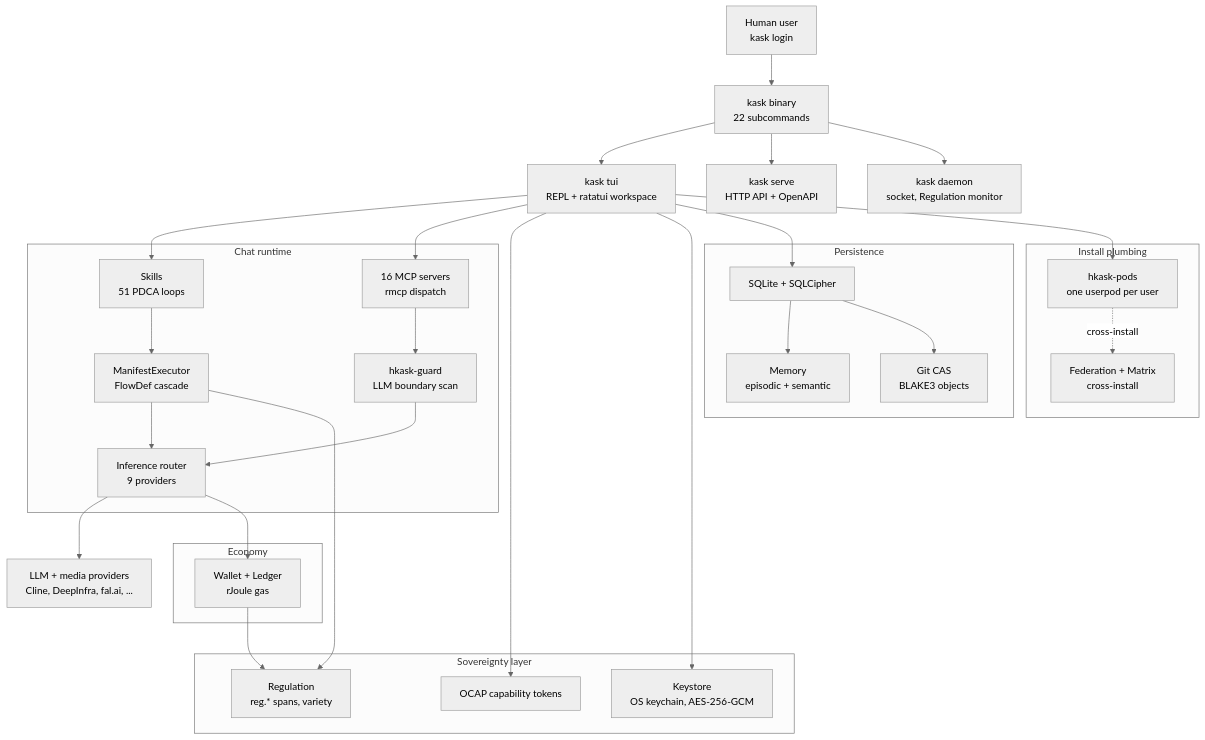
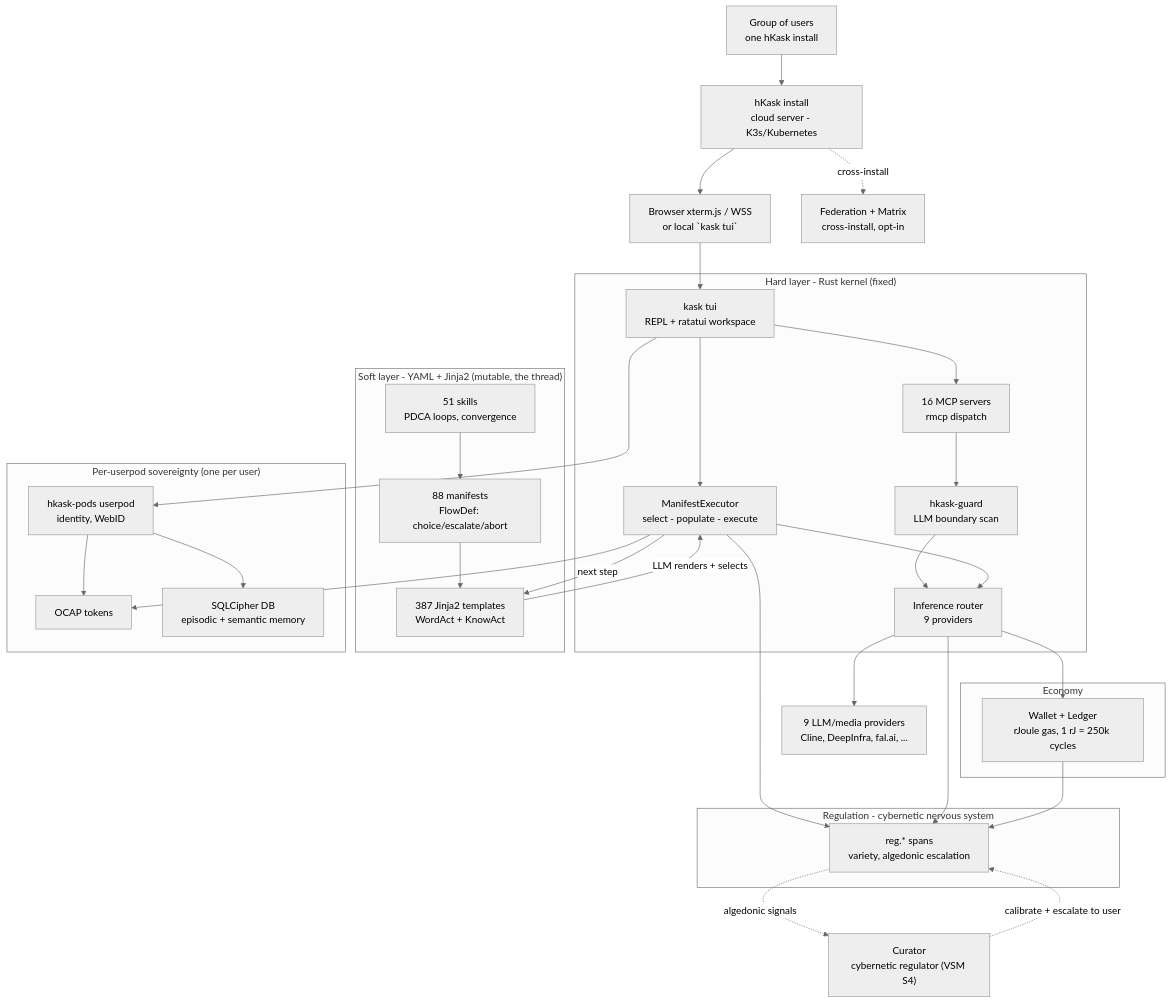
One commit to mdz-axo/hKask changed the diagram in README.md. Above: the diagram before and after it, drawn with Mermaid (neutral theme). The commit also changed other lines of this file and 22 other files, not shown here.

First line of the commit message:
Update docs for hkask-agents to hkask-pods rename

````diff
--- a/README.md
+++ b/README.md
@@ -66,64 +66,67 @@
 ```mermaid
 flowchart TD
-    User["Human user<br/>kask login"]
-    Kask["kask binary<br/>22 subcommands"]
-    Tui["kask tui<br/>REPL + ratatui workspace"]
-    Serve["kask serve<br/>HTTP API + OpenAPI"]
-    Daemon["kask daemon<br/>socket, Regulation monitor"]
+    Group["Group of users<br/>one hKask install"]
+    Install["hKask install<br/>cloud server - K3s/Kubernetes"]
+    Surface["Browser xterm.js / WSS<br/>or local `kask tui`"]
 
-    User --> Kask
-    Kask --> Tui
-    Kask --> Serve
-    Kask --> Daemon
+    Group --> Install
+    Install --> Surface
 
-    subgraph Runtime["Chat runtime"]
-        Skills["Skills<br/>51 PDCA loops"]
-        Manifest["ManifestExecutor<br/>FlowDef cascade"]
+    subgraph Hard["Hard layer - Rust kernel (fixed)"]
+        Tui["kask tui<br/>REPL + ratatui workspace"]
+        Executor["ManifestExecutor<br/>select - populate - execute"]
         Mcp["16 MCP servers<br/>rmcp dispatch"]
         Guard["hkask-guard<br/>LLM boundary scan"]
-        Inference["Inference router<br/>9 providers"]
+        Router["Inference router<br/>9 providers"]
     end
 
-    Tui --> Skills
-    Tui --> Mcp
-    Skills --> Manifest
-    Manifest --> Inference
-    Mcp --> Guard
-    Guard --> Inference
-    Inference --> Providers["LLM + media providers<br/>Cline, DeepInfra, fal.ai, ..."]
-
-    subgraph Sovereignty["Sovereignty layer"]
-        Ocap["OCAP capability tokens"]
-        Keystore["Keystore<br/>OS keychain, AES-256-GCM"]
-        Regulation["Regulation<br/>reg.* spans, variety"]
+    subgraph Soft["Soft layer - YAML + Jinja2 (mutable, the thread)"]
+        Manifests["88 manifests<br/>FlowDef: choice/escalate/abort"]
+        Templates["387 Jinja2 templates<br/>WordAct + KnowAct"]
+        Skills["51 skills<br/>PDCA loops, convergence"]
     end
 
-    Tui --> Ocap
-    Tui --> Keystore
-    Manifest --> Regulation
+    Surface --> Tui
+    Tui --> Executor
+    Skills --> Manifests
+    Manifests --> Templates
+    Templates -->|"LLM renders + selects"| Executor
+    Executor -->|"next step"| Templates
+    Tui --> Mcp
+    Mcp --> Guard
+    Guard --> Router
+    Executor --> Router
+    Router --> Providers["9 LLM/media providers<br/>Cline, DeepInfra, fal.ai, ..."]
 
-    subgraph Persistence["Persistence"]
-        Storage["SQLite + SQLCipher"]
-        Memory["Memory<br/>episodic + semantic"]
-        GitCas["Git CAS<br/>BLAKE3 objects"]
+    subgraph PerUser["Per-userpod sovereignty (one per user)"]
+        Pod["hkask-pods userpod<br/>identity, WebID"]
+        Ocap["OCAP tokens"]
+        Storage["SQLCipher DB<br/>episodic + semantic memory"]
     end
 
-    Tui --> Storage
-    Storage --> Memory
-    Storage --> GitCas
+    Tui --> Pod
+    Pod --> Storage
+    Executor --> Ocap
+    Pod --> Ocap
+
+    subgraph CNS["Regulation - cybernetic nervous system"]
+        Regulation["reg.* spans<br/>variety, algedonic escalation"]
+    end
+
+    Executor --> Regulation
+    Router --> Regulation
 
     subgraph Economy["Economy"]
-        Wallet["Wallet + Ledger<br/>rJoule gas"]
+        Wallet["Wallet + Ledger<br/>rJoule gas, 1 rJ = 250k cycles"]
     end
 
-    Inference --> Wallet
+    Router --> Wallet
     Wallet --> Regulation
 
-    subgraph Infra["Install plumbing"]
-        Pods["hkask-pods<br/>one userpod per user"]
-        Federation["Federation + Matrix<br/>cross-install"]
-    end
+    Federation["Federation + Matrix<br/>cross-install, opt-in"]
+    Install -. cross-install .-> Federation
 
-    Tui --> Pods
-    Pods -. cross-install .-> Federation
+    Curator["Curator<br/>cybernetic regulator (VSM S4)"]
+    Regulation -. algedonic signals .-> Curator
+    Curator -. calibrate + escalate to user .-> Regulation
 ```
````
